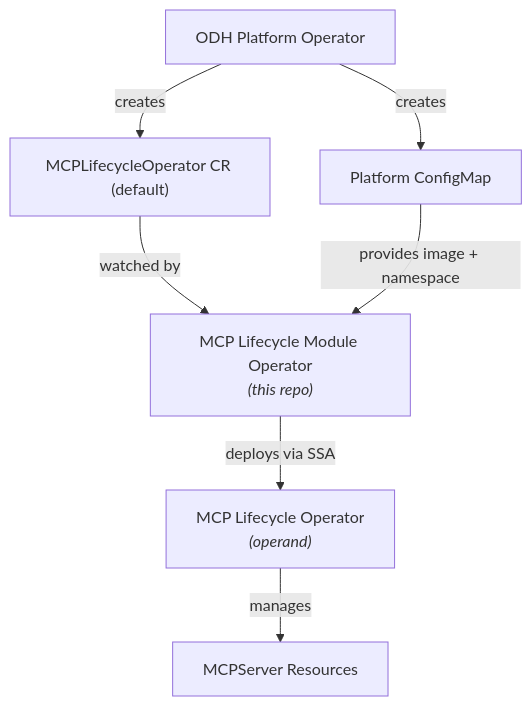
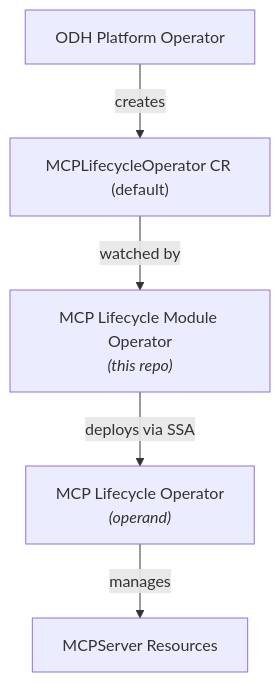
One commit to creydr/mcp-lifecycle-module-operator changed the first of 2 diagrams in README.md. Above: the diagram before and after it, drawn with Mermaid. The commit also changed other lines of this file and 2 other files, not shown here.

First line of the commit message:
docs: update documentation after ConfigMap-to-env-var migration

````diff
--- a/README.md
+++ b/README.md
@@ -9,16 +9,13 @@
 ```mermaid
 graph TD
     Platform["ODH Platform Operator"]
     CR["MCPLifecycleOperator CR (default)"]
-    CM["Platform ConfigMap"]
     Module["MCP Lifecycle Module Operator<br/><i>(this repo)</i>"]
     Operand["MCP Lifecycle Operator<br/><i>(operand)</i>"]
     MCPServer["MCPServer Resources"]
 
     Platform -->|creates| CR
-    Platform -->|creates| CM
     CR -->|watched by| Module
-    CM -->|provides image + namespace| Module
     Module -->|deploys via SSA| Operand
     Operand -->|manages| MCPServer
 ```
````
